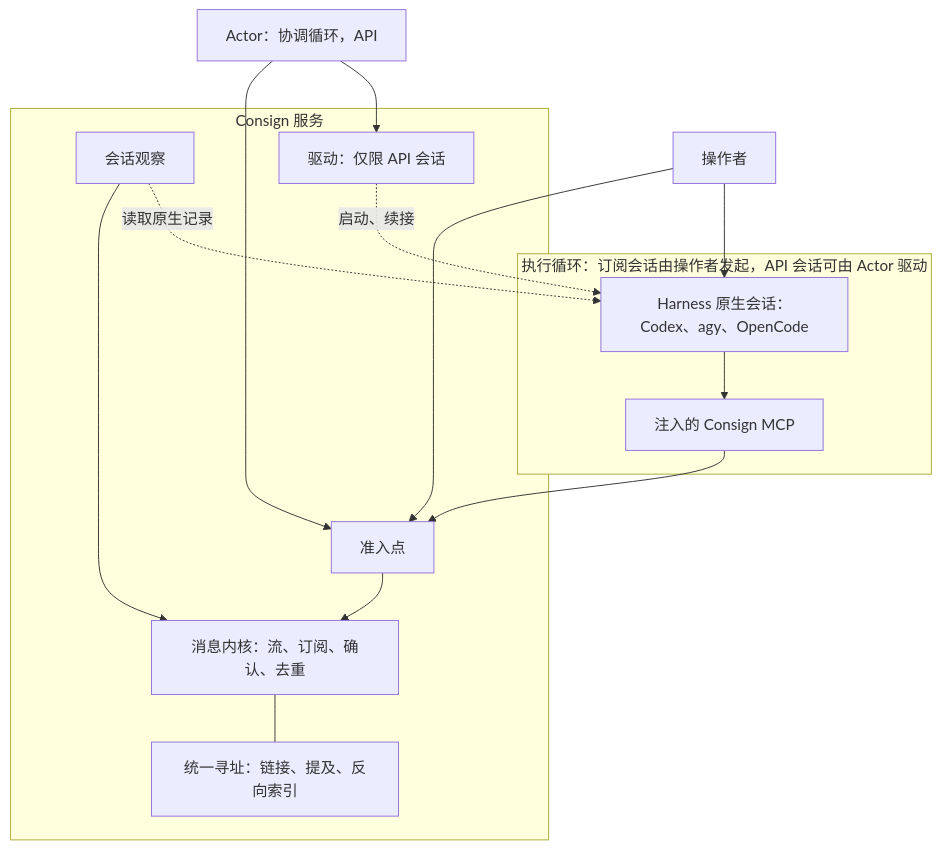
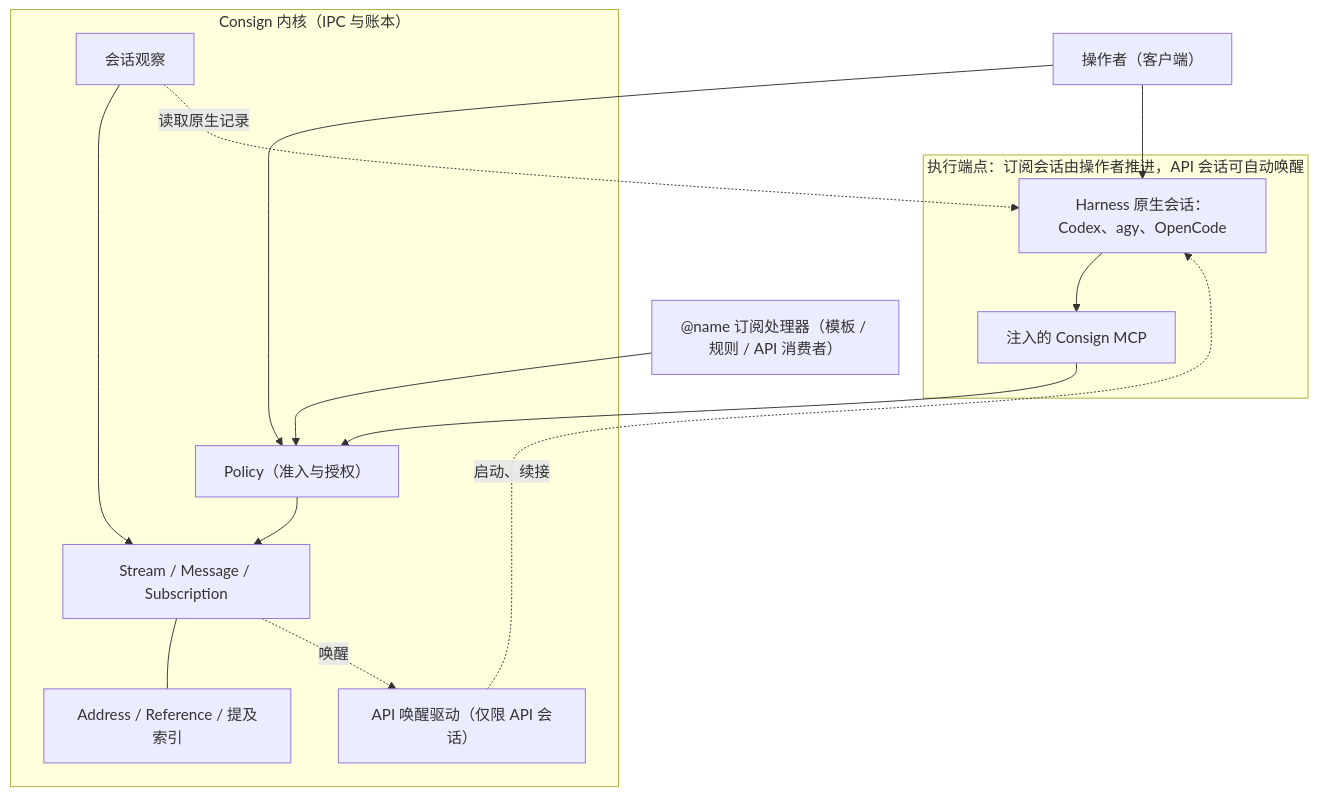
One commit to zhscn/consign changed the diagram in DESIGN.md. Above: the diagram before and after it, drawn with Mermaid. The commit also changed other lines of this file and 2 other files, not shown here.

First line of the commit message:
Converge architecture on minimal agent-IPC model

````diff
--- a/DESIGN.md
+++ b/DESIGN.md
@@ -155,27 +119,27 @@
 ```mermaid
 flowchart TB
-  OP["操作者"]
-  subgraph EXEC["执行循环：订阅会话由操作者发起，API 会话可由 Actor 驱动"]
+  OP["操作者（客户端）"]
+  SUB["@name 订阅处理器（模板 / 规则 / API 消费者）"]
+  subgraph EXEC["执行端点：订阅会话由操作者推进，API 会话可自动唤醒"]
     H["Harness 原生会话：Codex、agy、OpenCode"]
-    PLG["注入的 Consign MCP"]
+    MCP["注入的 Consign MCP"]
   end
-  subgraph SVC["Consign 服务"]
-    POL["准入点"]
-    MQ["消息内核：流、订阅、确认、去重"]
-    ADDR["统一寻址：链接、提及、反向索引"]
+  subgraph KERNEL["Consign 内核（IPC 与账本）"]
+    POL["Policy（准入与授权）"]
+    IPC["Stream / Message / Subscription"]
+    ADDR["Address / Reference / 提及索引"]
     OBS["会话观察"]
-    DRV["驱动：仅限 API 会话"]
+    DRV["API 唤醒驱动（仅限 API 会话）"]
   end
-  ACT["Actor：协调循环，API"]
   OP --> H
   OP --> POL
-  H --> PLG
-  PLG --> POL
-  ACT --> POL
-  POL --> MQ
-  MQ --- ADDR
-  OBS --> MQ
+  H --> MCP
+  MCP --> POL
+  SUB --> POL
+  POL --> IPC
+  IPC --- ADDR
+  OBS --> IPC
   OBS -. 读取原生记录 .-> H
-  ACT --> DRV
+  IPC -. 唤醒 .-> DRV
   DRV -. 启动、续接 .-> H
 ```
````
